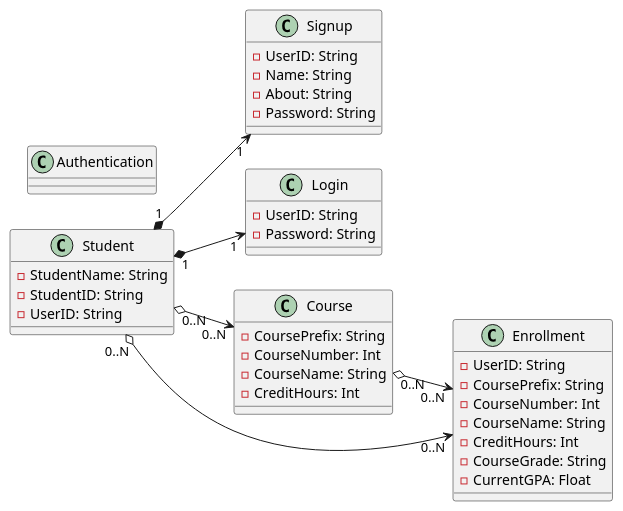
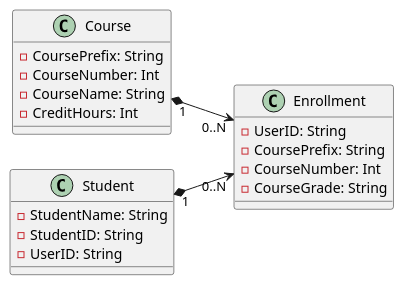
Before and after one commit to FrostyBagels/SWD_Proj1: the diagram in uml/class.wsd, drawn with PlantUML. The commit also changed 1 other file, not shown here.

```diff
--- a/uml/class.wsd
+++ b/uml/class.wsd
@@ -1,47 +1,30 @@
 @startuml class
 left to right direction
 
-class Signup {
-    - UserID: String
-    - Name: String
-    - About: String
-    - Password: String
-}
-
-class Login {
-    - UserID: String
-    - Password: String
-}
 
 class Course {
     - CoursePrefix: String
     - CourseNumber: Int
     - CourseName: String
     - CreditHours: Int
 }
 
 class Enrollment{
     - UserID: String
     - CoursePrefix: String
     - CourseNumber: Int
-    - CourseName: String
-    - CreditHours: Int
     - CourseGrade: String
-    - CurrentGPA: Float
 
 }
-
-class Authentication{}
 
 class Student{
     - StudentName: String
     - StudentID: String
     - UserID: String
 }
-Student "1" *--> "1" Signup
-Student "1" *--> "1" Login
-Student "0..N" o--> "0..N" Course
-Course "0..N" o--> "0..N" Enrollment
-Student "0..N" o--> "0..N" Enrollment
+
+Student "1" *--> "0..N" Enrollment
+Course "1" *--> "0..N" Enrollment
+
 
 @enduml
```
